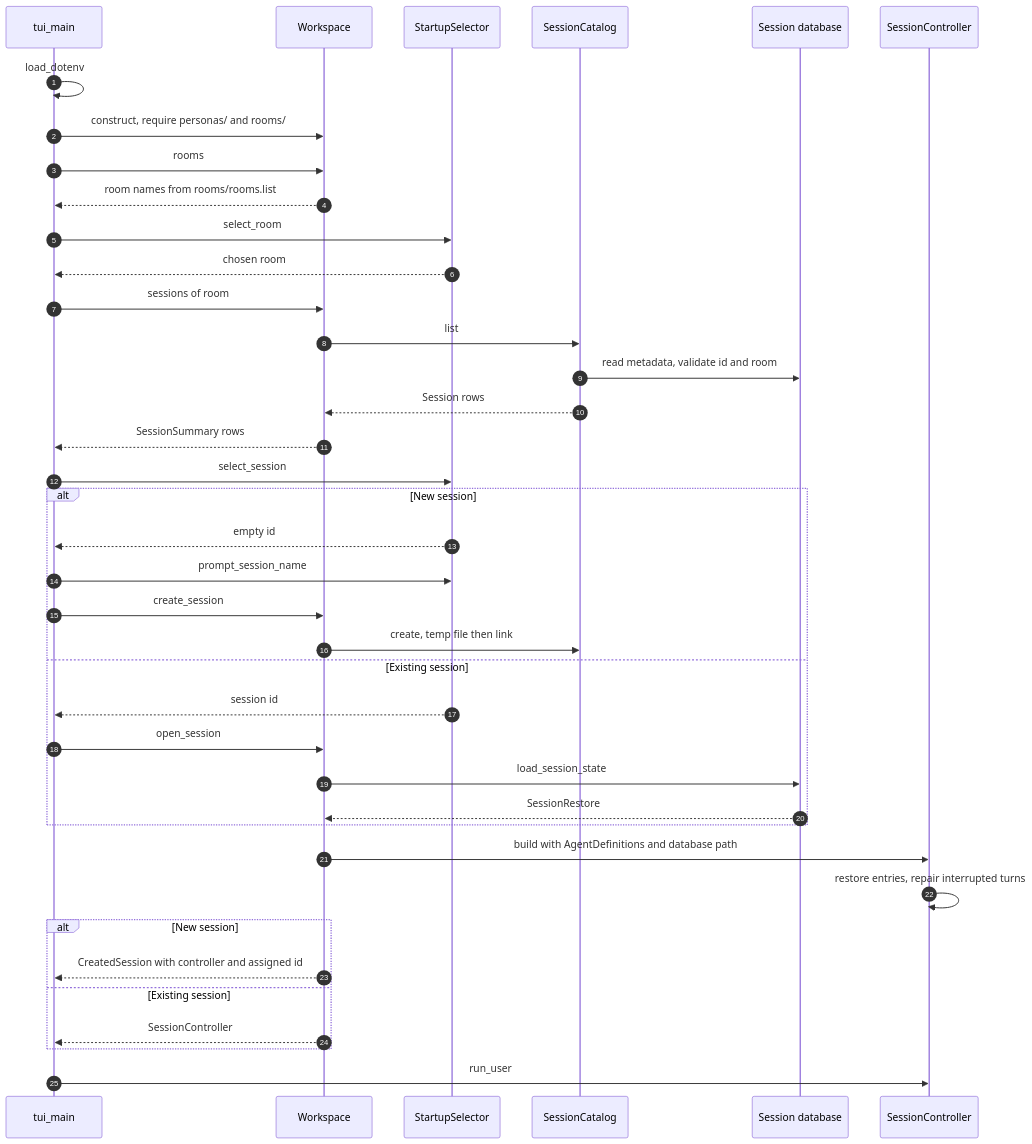
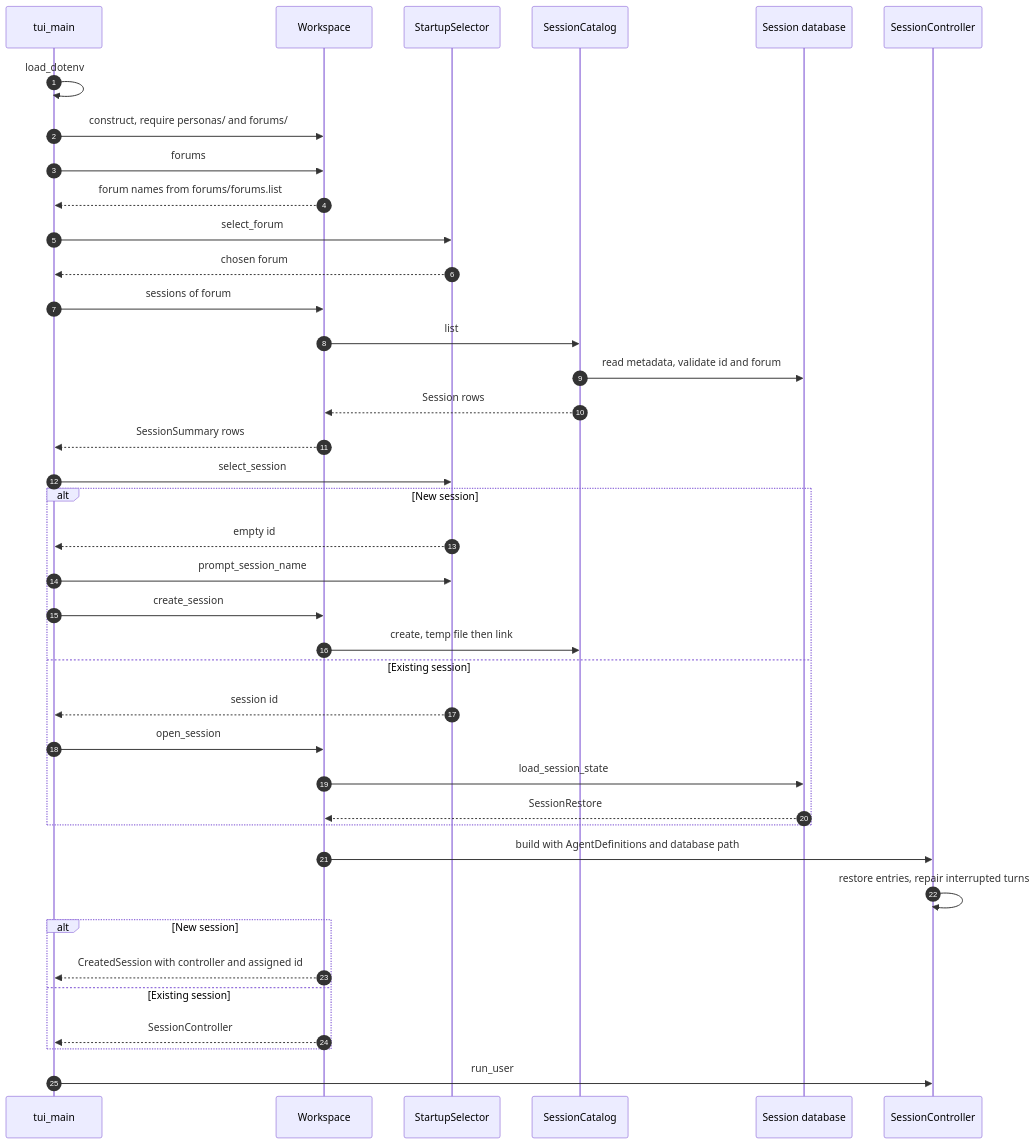
The second of 4 diagrams in src/README.md (michaelpopov/cha), drawn with Mermaid before and after one commit. The commit also changed other lines of this file and 59 other files, not shown here.

Commit message:
Rename room to forum

````diff
--- a/src/README.md
+++ b/src/README.md
@@ -163,42 +163,42 @@
 ```mermaid
 sequenceDiagram
     autonumber
     participant main as tui_main
     participant ws as Workspace
     participant sel as StartupSelector
     participant cat as SessionCatalog
     participant db as Session database
     participant controller as SessionController
 
     main->>main: load_dotenv
-    main->>ws: construct, require personas/ and rooms/
-    main->>ws: rooms
-    ws-->>main: room names from rooms/rooms.list
-    main->>sel: select_room
-    sel-->>main: chosen room
-    main->>ws: sessions of room
+    main->>ws: construct, require personas/ and forums/
+    main->>ws: forums
+    ws-->>main: forum names from forums/forums.list
+    main->>sel: select_forum
+    sel-->>main: chosen forum
+    main->>ws: sessions of forum
     ws->>cat: list
-    cat->>db: read metadata, validate id and room
+    cat->>db: read metadata, validate id and forum
     cat-->>ws: Session rows
     ws-->>main: SessionSummary rows
     main->>sel: select_session
     alt New session
         sel-->>main: empty id
         main->>sel: prompt_session_name
         main->>ws: create_session
         ws->>cat: create, temp file then link
     else Existing session
         sel-->>main: session id
         main->>ws: open_session
         ws->>db: load_session_state
         db-->>ws: SessionRestore
     end
     ws->>controller: build with AgentDefinitions and database path
     controller->>controller: restore entries, repair interrupted turns
     alt New session
         ws-->>main: CreatedSession with controller and assigned id
     else Existing session
         ws-->>main: SessionController
     end
     main->>controller: run_user
 ```
````
